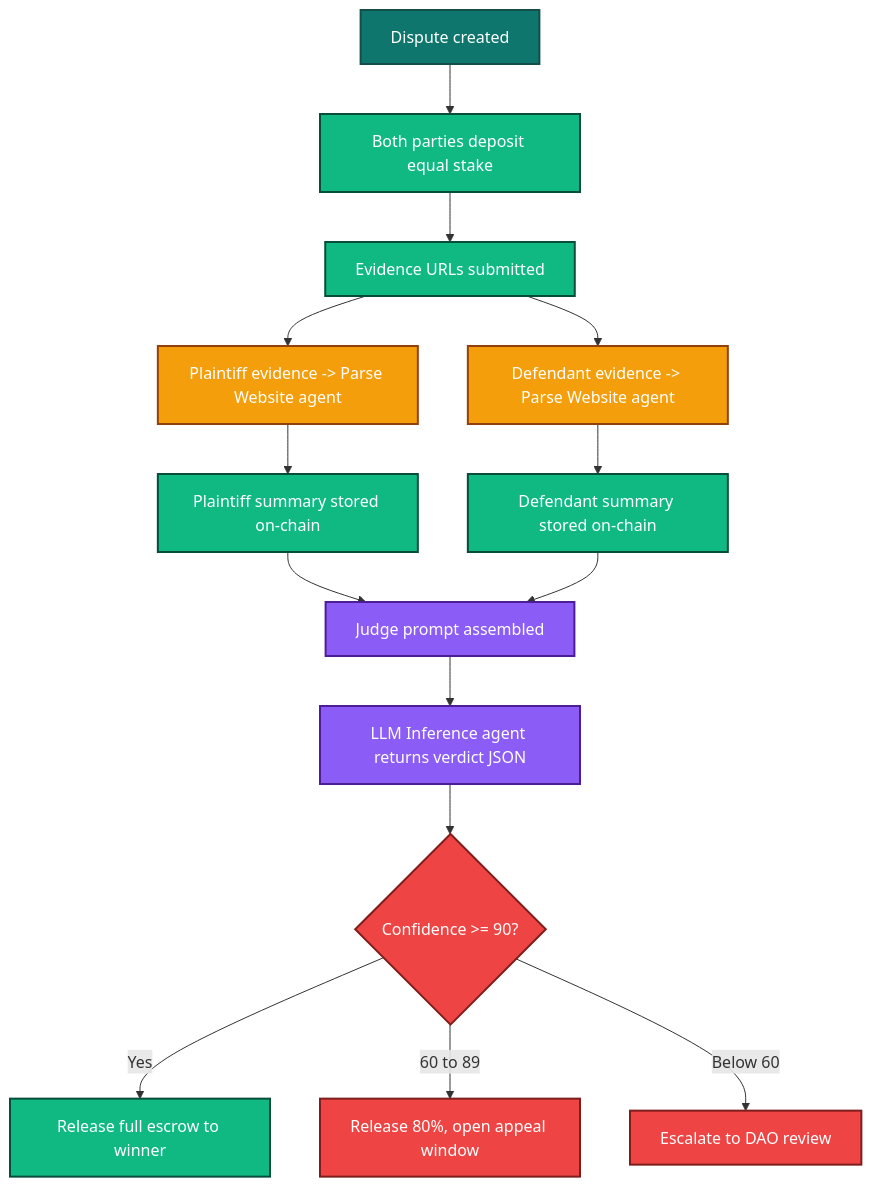
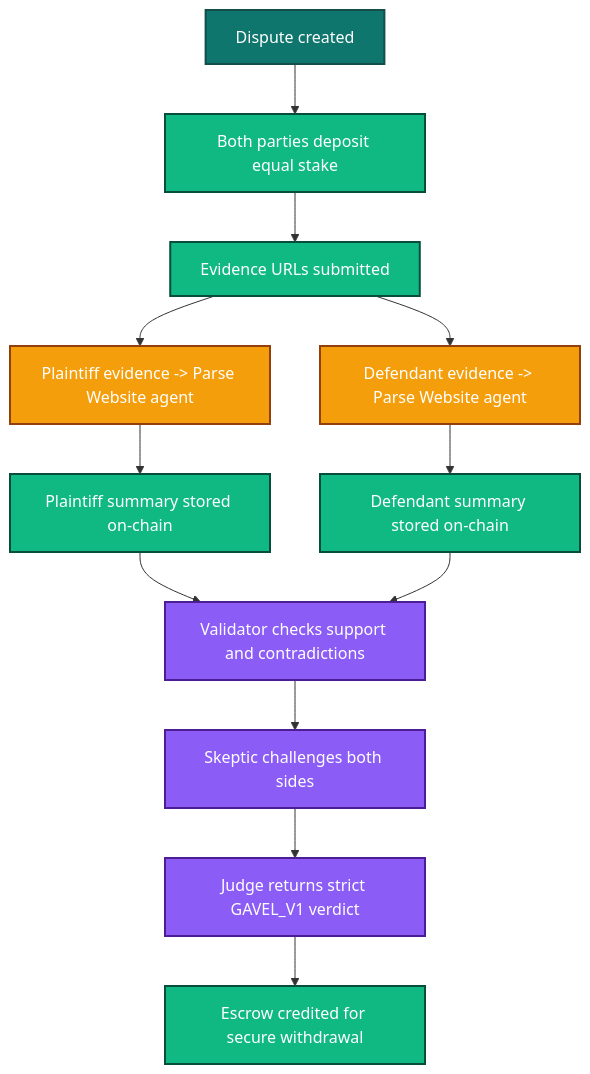
The third of 3 diagrams in README.md (NikhilRaikwar/Gavel), drawn with Mermaid before and after one commit. The commit also changed other lines of this file and 13 other files, not shown here.

Commit message:
ship secure Gavel V2 autonomous court

````diff
--- a/README.md
+++ b/README.md
@@ -168,22 +181,20 @@
 ```mermaid
 flowchart TD
   classDef start fill:#0f766e,stroke:#134e4a,color:#ffffff,stroke-width:2px;
   classDef research fill:#f59e0b,stroke:#92400e,color:#ffffff,stroke-width:2px;
   classDef judge fill:#8b5cf6,stroke:#4c1d95,color:#ffffff,stroke-width:2px;
   classDef escrow fill:#10b981,stroke:#064e3b,color:#ffffff,stroke-width:2px;
   classDef warn fill:#ef4444,stroke:#7f1d1d,color:#ffffff,stroke-width:2px;
 
   A[Dispute created]:::start --> B[Both parties deposit equal stake]:::escrow
   B --> C[Evidence URLs submitted]:::escrow
   C --> D[Plaintiff evidence -> Parse Website agent]:::research
   C --> E[Defendant evidence -> Parse Website agent]:::research
   D --> F[Plaintiff summary stored on-chain]:::escrow
   E --> G[Defendant summary stored on-chain]:::escrow
-  F --> H[Judge prompt assembled]:::judge
+  F --> H[Validator checks support and contradictions]:::judge
   G --> H
-  H --> I[LLM Inference agent returns verdict JSON]:::judge
-  I --> J{Confidence >= 90?}:::warn
-  J -->|Yes| K[Release full escrow to winner]:::escrow
-  J -->|60 to 89| L[Release 80%, open appeal window]:::warn
-  J -->|Below 60| M[Escalate to DAO review]:::warn
+  H --> I[Skeptic challenges both sides]:::judge
+  I --> J[Judge returns strict GAVEL_V1 verdict]:::judge
+  J --> K[Escrow credited for secure withdrawal]:::escrow
 ```
````
